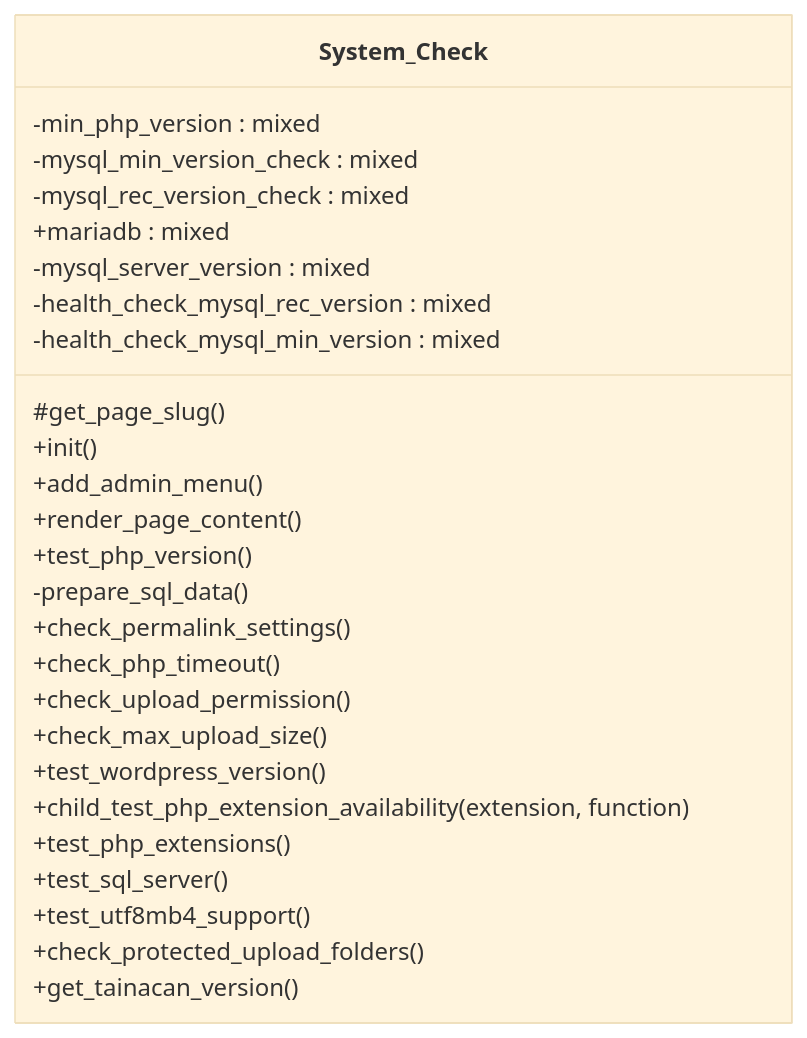
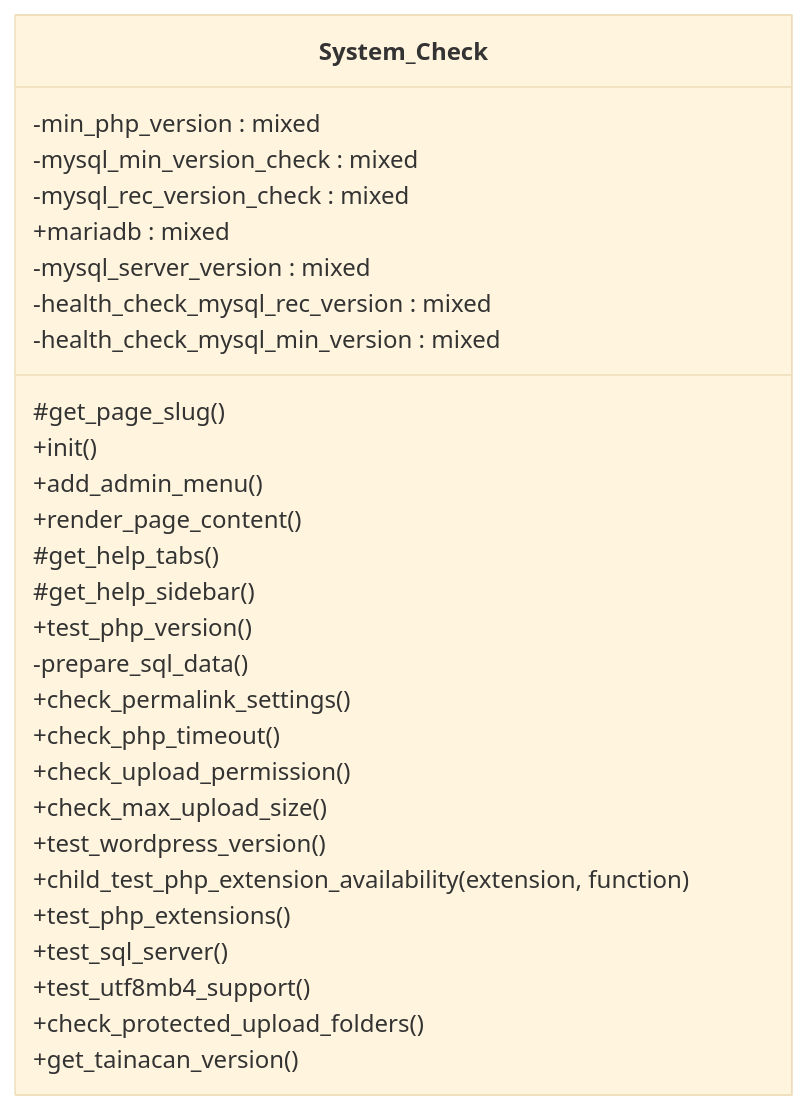
Before and after one commit to tainacan/tainacan: the diagram in docs/phpdoc/classes/Tainacan/System_Check.mmd, drawn with Mermaid (base theme). The commit also changed 14 other files, not shown here.

```diff
--- a/docs/phpdoc/classes/Tainacan/System_Check.mmd
+++ b/docs/phpdoc/classes/Tainacan/System_Check.mmd
@@ -1,28 +1,30 @@
 classDiagram
     direction TB
     class System_Check {
         -min_php_version : mixed
         -mysql_min_version_check : mixed
         -mysql_rec_version_check : mixed
         +mariadb : mixed
         -mysql_server_version : mixed
         -health_check_mysql_rec_version : mixed
         -health_check_mysql_min_version : mixed
         #get_page_slug()
         +init()
         +add_admin_menu()
         +render_page_content()
+        #get_help_tabs()
+        #get_help_sidebar()
         +test_php_version()
         -prepare_sql_data()
         +check_permalink_settings()
         +check_php_timeout()
         +check_upload_permission()
         +check_max_upload_size()
         +test_wordpress_version()
         +child_test_php_extension_availability(extension, function)
         +test_php_extensions()
         +test_sql_server()
         +test_utf8mb4_support()
         +check_protected_upload_folders()
         +get_tainacan_version()
     }
```
